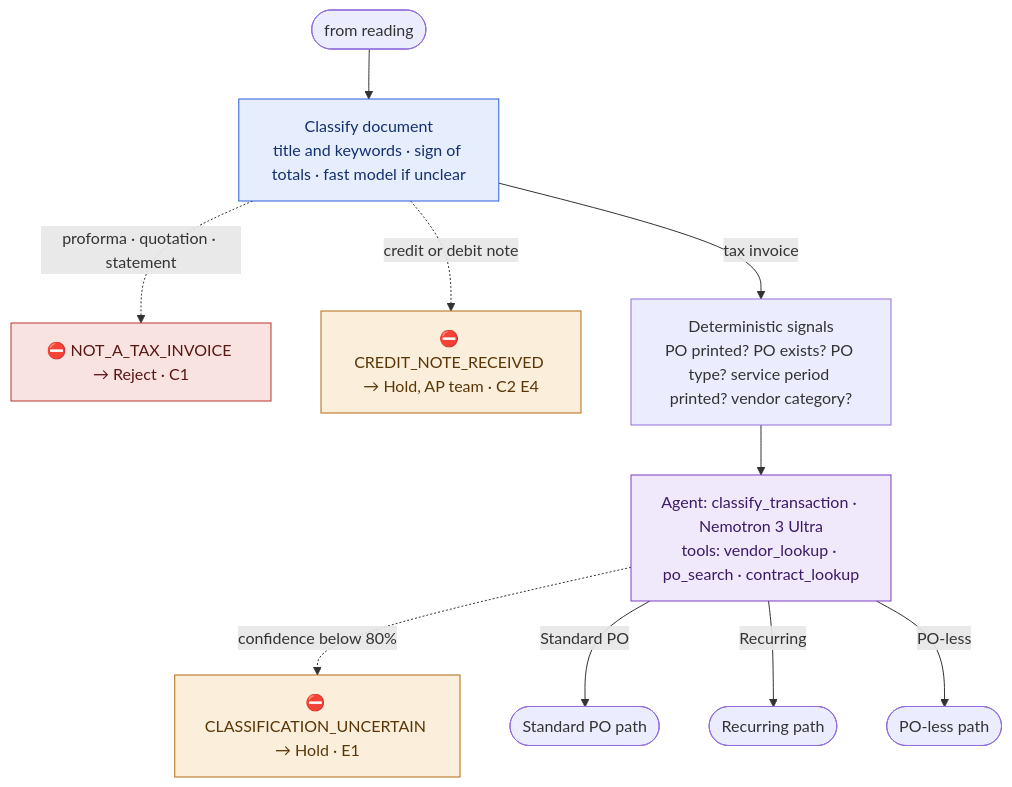
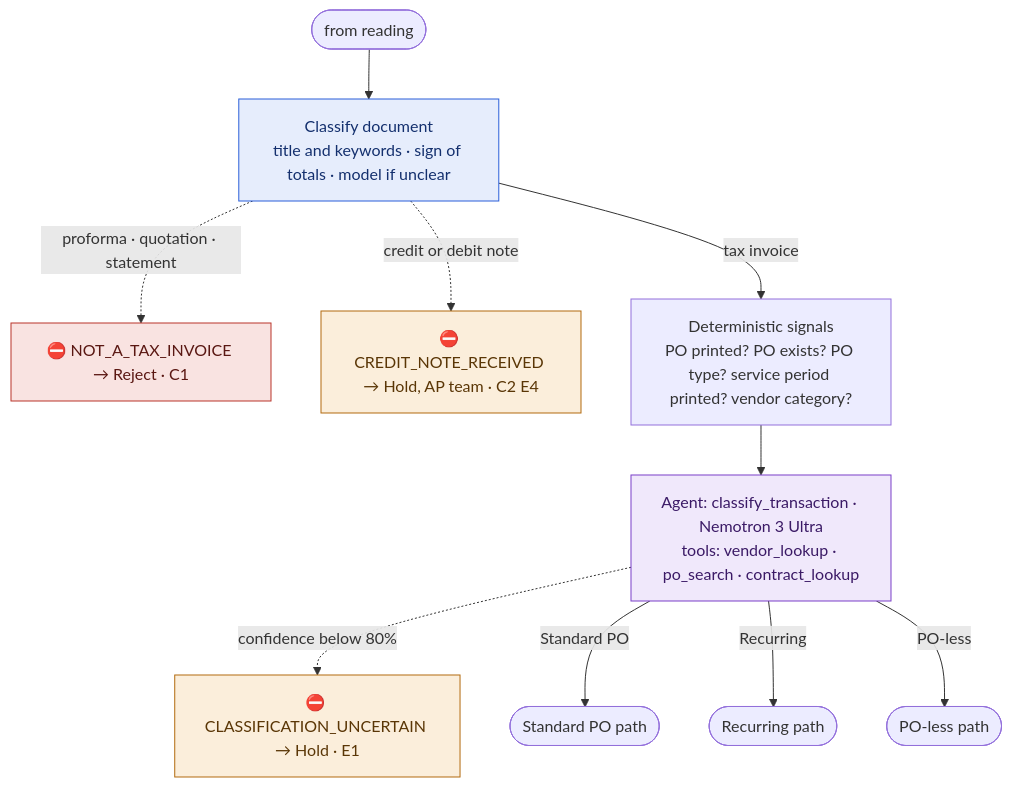
Before and after one commit to sh-yamm/Invoice-Automation-Agent: the tenth of 20 diagrams in README.md, drawn with Mermaid. The commit also changed other lines of this file and 9 other files, not shown here.

Commit message:
docs: rewrite the README around PO trails, with Mermaid diagrams and app screenshots; keep-alive check is case-insensitive

````diff
--- a/README.md
+++ b/README.md
@@ -162,16 +481,16 @@
 ```mermaid
 flowchart TD
-  S(["from reading"]) --> D["Classify document<br/>title and keywords · sign of totals · fast model if unclear"]:::ai
+  S(["from reading"]) --> D["Classify document<br/>title and keywords · sign of totals · model if unclear"]:::ai
   D -.->|proforma · quotation · statement| Dx1["⛔ NOT_A_TAX_INVOICE → Reject · C1"]:::rej
   D -.->|credit or debit note| Dx2["⛔ CREDIT_NOTE_RECEIVED → Hold, AP team · C2 E4"]:::hold
   D -->|tax invoice| SG["Deterministic signals<br/>PO printed? PO exists? PO type? service period printed? vendor category?"]
   SG --> AG["Agent: classify_transaction · Nemotron 3 Ultra<br/>tools: vendor_lookup · po_search · contract_lookup"]:::agent
   AG -.->|confidence below 80%| AGx["⛔ CLASSIFICATION_UNCERTAIN → Hold · E1"]:::hold
   AG -->|Standard PO| SP(["Standard PO path"])
   AG -->|Recurring| RE(["Recurring path"])
   AG -->|PO-less| PL(["PO-less path"])
   classDef rej fill:#F9E3E1,stroke:#B9342A,color:#5A1712
   classDef hold fill:#FBEEDB,stroke:#B26A0E,color:#5A3606
   classDef ai fill:#E6EDFC,stroke:#2B5FD9,color:#14306E
   classDef agent fill:#F0E8FB,stroke:#7A3FC8,color:#3B1A66
 ```
````
